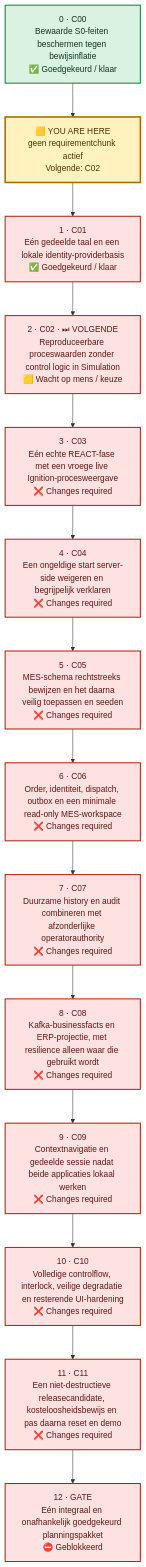
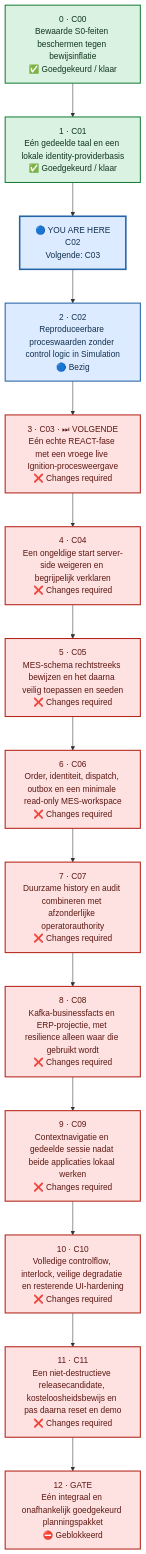
One commit to Jandesch91/n1-bioforge-requirements-cockpit changed the second of 2 diagrams in README.md. Above: the diagram before and after it, drawn with Mermaid. The commit also changed other lines of this file and 4 other files, not shown here.

````diff
--- a/README.md
+++ b/README.md
@@ -50,29 +50,41 @@
 ```mermaid
 %%{init: {"flowchart": {"curve": "linear", "nodeSpacing": 55, "rankSpacing": 65, "htmlLabels": true}}}%%
 flowchart TB
     %% One vertical lane: order is explicit and no dependency arrows cross.
     chunk_0["0 · C00<br/>Bewaarde S0-feiten beschermen tegen bewijsinflatie<br/>✅ Goedgekeurd / klaar"]
     chunk_1["1 · C01<br/>Eén gedeelde taal en een lokale identity-providerbasis<br/>✅ Goedgekeurd / klaar"]
-    chunk_2["2 · C02 · ⏭ VOLGENDE<br/>Reproduceerbare proceswaarden zonder control logic in Simulation<br/>🟨 Wacht op mens / keuze"]
-    chunk_3["3 · C03<br/>Eén echte REACT-fase met een vroege live Ignition-procesweergave<br/>❌ Changes required"]
+    chunk_2["2 · C02<br/>Reproduceerbare proceswaarden zonder control logic in Simulation<br/>🔵 Bezig"]
+    chunk_3["3 · C03 · ⏭ VOLGENDE<br/>Eén echte REACT-fase met een vroege live Ignition-procesweergave<br/>❌ Changes required"]
     chunk_4["4 · C04<br/>Een ongeldige start server-side weigeren en begrijpelijk verklaren<br/>❌ Changes required"]
     chunk_5["5 · C05<br/>MES-schema rechtstreeks bewijzen en het daarna veilig toepassen en seeden<br/>❌ Changes required"]
     chunk_6["6 · C06<br/>Order, identiteit, dispatch, outbox en een minimale read-only MES-workspace<br/>❌ Changes required"]
     chunk_7["7 · C07<br/>Duurzame history en audit combineren met afzonderlijke operatorauthority<br/>❌ Changes required"]
     chunk_8["8 · C08<br/>Kafka-businessfacts en ERP-projectie, met resilience alleen waar die gebruikt wordt<br/>❌ Changes required"]
     chunk_9["9 · C09<br/>Contextnavigatie en gedeelde sessie nadat beide applicaties lokaal werken<br/>❌ Changes required"]
     chunk_10["10 · C10<br/>Volledige controlflow, interlock, veilige degradatie en resterende UI-hardening<br/>❌ Changes required"]
     chunk_11["11 · C11<br/>Een niet-destructieve releasecandidate, kosteloosheidsbewijs en pas daarna reset en demo<br/>❌ Changes required"]
     chunk_12["12 · GATE<br/>Eén integraal en onafhankelijk goedgekeurd planningspakket<br/>⛔ Geblokkeerd"]
-    current_marker["🟨 YOU ARE HERE<br/>geen requirementchunk actief<br/>Volgende: C02"]
-    chunk_0 --> current_marker --> chunk_1
-    chunk_1 --> chunk_2 --> chunk_3 --> chunk_4 --> chunk_5 --> chunk_6 --> chunk_7 --> chunk_8 --> chunk_9 --> chunk_10 --> chunk_11 --> chunk_12
+    current_marker["🔵 YOU ARE HERE<br/>C02<br/>Volgende: C03"]
+    chunk_0 --> chunk_1 --> current_marker --> chunk_2 --> chunk_3 --> chunk_4 --> chunk_5 --> chunk_6 --> chunk_7 --> chunk_8 --> chunk_9 --> chunk_10 --> chunk_11 --> chunk_12
     classDef approved fill:#D9F2E1,stroke:#1B7F3A,color:#12351D,stroke-width:2px
+    classDef inprogress fill:#DCEBFF,stroke:#2463A6,color:#12304F,stroke-width:2px
+    classDef human fill:#FFF2BF,stroke:#A66B00,color:#4D3300,stroke-width:2px
     classDef changes fill:#FDE2E1,stroke:#B42318,color:#5D1712,stroke-width:2px
     classDef blocked fill:#FDE2E1,stroke:#B42318,color:#5D1712,stroke-width:2px
-    classDef current fill:#FFF2BF,stroke:#A66B00,color:#4D3300,stroke-width:3px
+    classDef notstarted fill:#F2F4F7,stroke:#667085,color:#344054,stroke-width:2px
+    classDef current fill:#DCEBFF,stroke:#2463A6,color:#12304F,stroke-width:3px
     class chunk_0 approved
-    class chunk_1,chunk_2,chunk_3,chunk_4,chunk_5,chunk_6,chunk_7,chunk_8,chunk_9,chunk_10,chunk_11 changes
+    class chunk_1 approved
+    class chunk_2 inprogress
+    class chunk_3 changes
+    class chunk_4 changes
+    class chunk_5 changes
+    class chunk_6 changes
+    class chunk_7 changes
+    class chunk_8 changes
+    class chunk_9 changes
+    class chunk_10 changes
+    class chunk_11 changes
     class chunk_12 blocked
     class current_marker current
 ```
````
